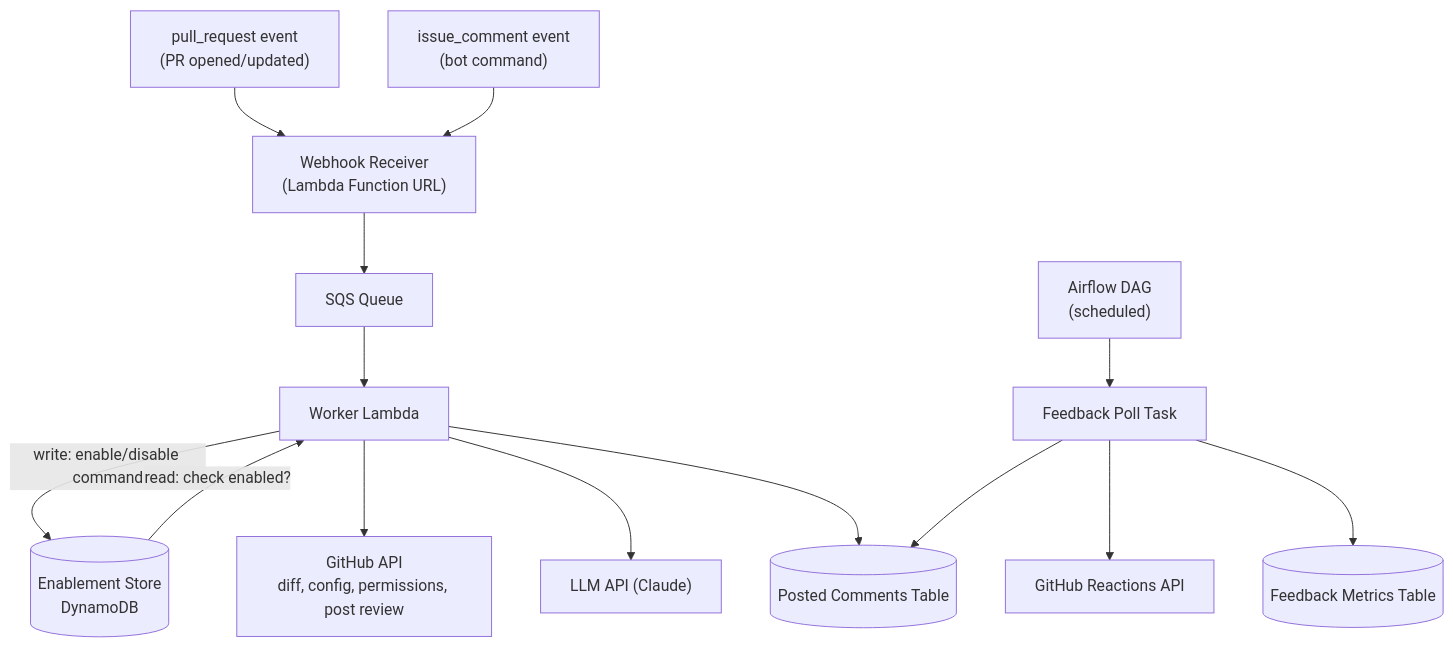
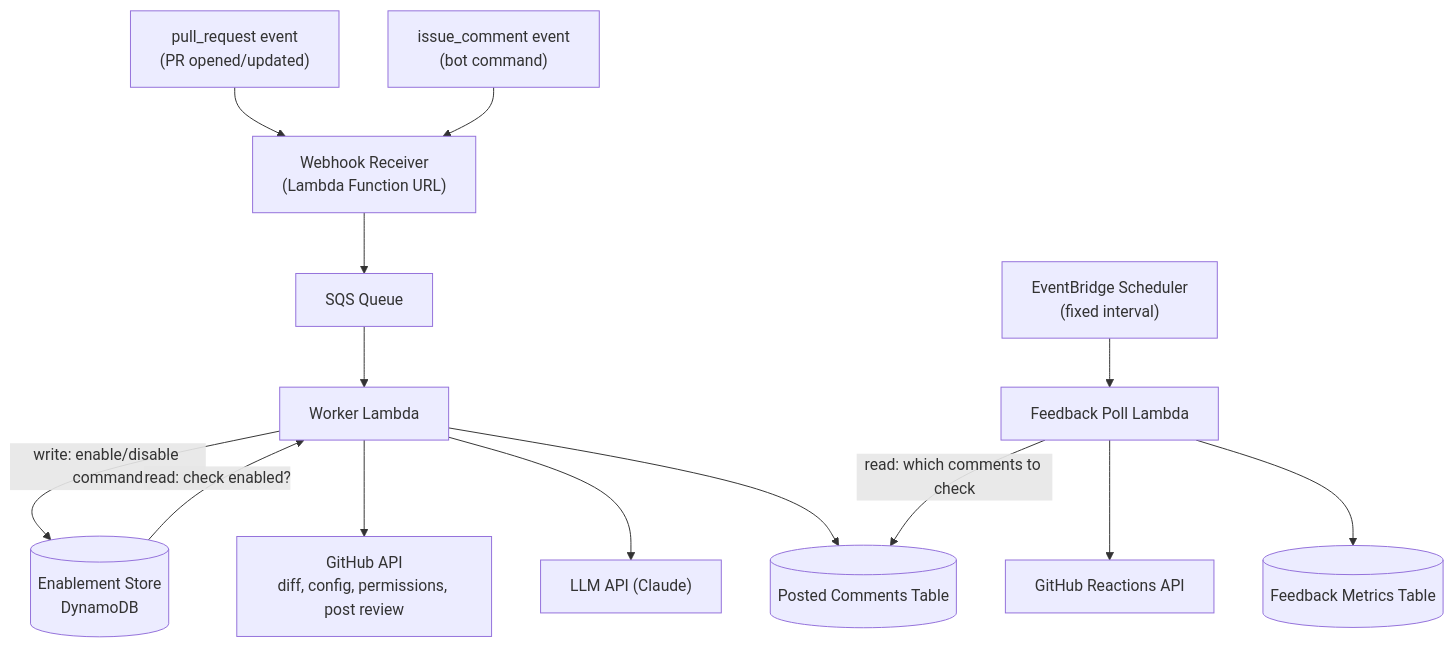
One commit to Minal18/bob-the-fixer changed the diagram in docs/TECH_DESIGN.md. Above: the diagram before and after it, drawn with Mermaid. The commit also changed other lines of this file, not shown here.

Commit message:
Replace Airflow feedback poll with scheduled Lambda (EventBridge)

````diff
--- a/docs/TECH_DESIGN.md
+++ b/docs/TECH_DESIGN.md
@@ -7,18 +7,18 @@
 ```mermaid
 flowchart TD
     A1["pull_request event<br/>(PR opened/updated)"] --> B["Webhook Receiver<br/>(Lambda Function URL)"]
     A2["issue_comment event<br/>(bot command)"] --> B
     B --> C["SQS Queue"]
     C --> D["Worker Lambda"]
 
     D -- "write: enable/disable command" --> E[("Enablement Store<br/>DynamoDB")]
     E -- "read: check enabled?" --> D
     D --> F["GitHub API<br/>diff, config, permissions, post review"]
     D --> G["LLM API (Claude)"]
     D --> H[("Posted Comments Table")]
 
-    I["Airflow DAG<br/>(scheduled)"] --> J["Feedback Poll Task"]
-    J --> H
+    I["EventBridge Scheduler<br/>(fixed interval)"] --> J["Feedback Poll Lambda"]
+    J -- "read: which comments to check" --> H
     J --> K["GitHub Reactions API"]
     J --> L[("Feedback Metrics Table")]
 ```
````
